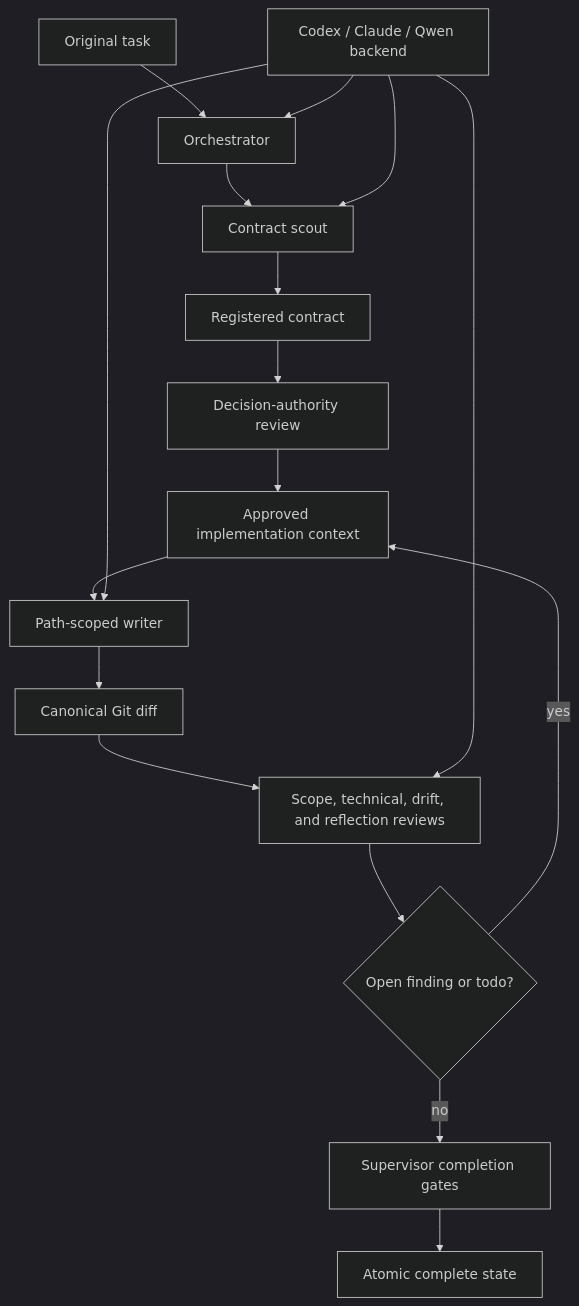
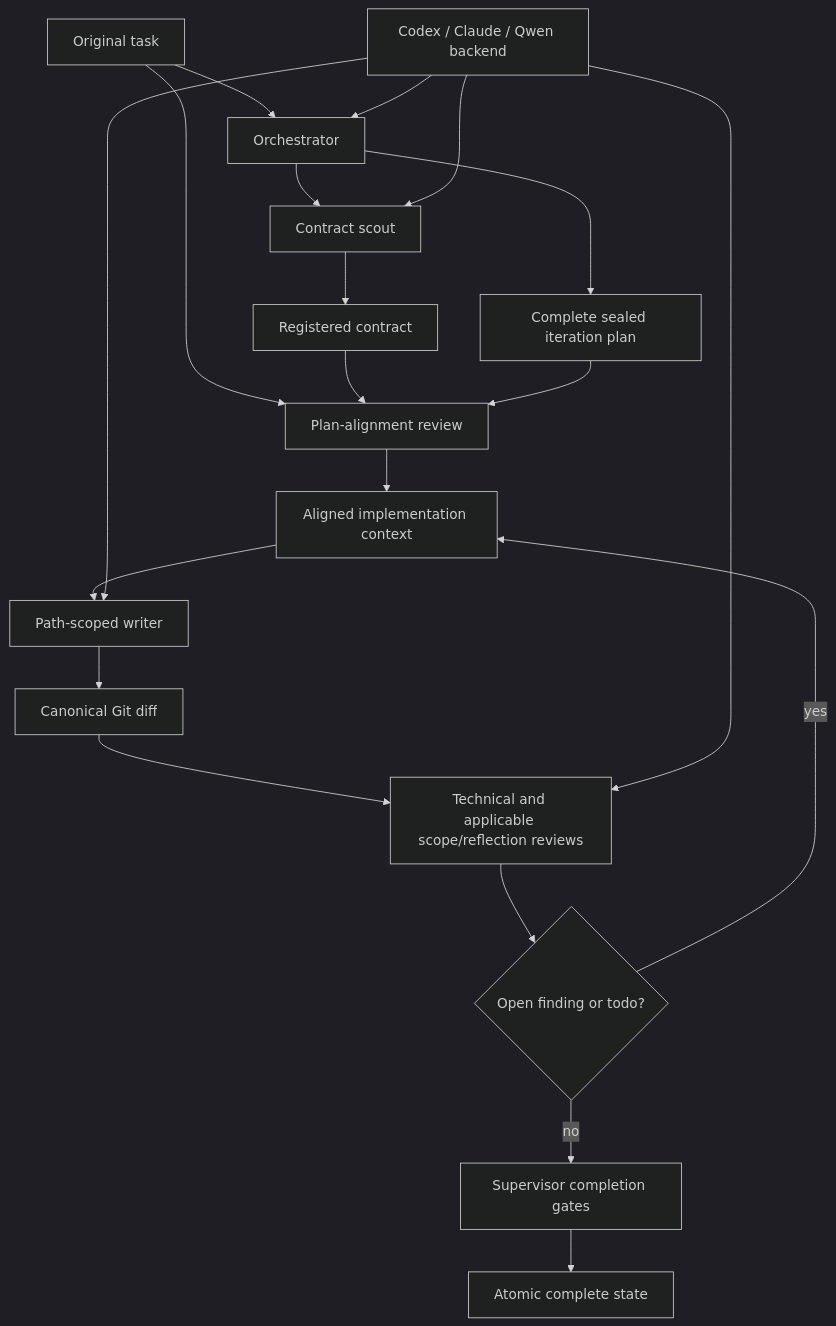
Before and after one commit to areshand/multiagent: the diagram in docs/architecture.md, drawn with Mermaid (dark theme). The commit also changed other lines of this file and 17 other files, not shown here.

Commit message:
Simplify pre-implementation plan alignment (#91)

````diff
--- a/docs/architecture.md
+++ b/docs/architecture.md
@@ -16,20 +16,23 @@
 ```mermaid
 flowchart TD
     U["Original task"] --> O["Orchestrator"]
     O --> SC["Contract scout"]
     SC --> C["Registered contract"]
-    C --> AR["Decision-authority review"]
-    AR --> P["Approved implementation context"]
+    O --> IP["Complete sealed iteration plan"]
+    U --> AR["Plan-alignment review"]
+    C --> AR
+    IP --> AR
+    AR --> P["Aligned implementation context"]
     P --> W["Path-scoped writer"]
     W --> D["Canonical Git diff"]
-    D --> R["Scope, technical, drift, and reflection reviews"]
+    D --> R["Technical and applicable scope/reflection reviews"]
     R --> F{"Open finding or todo?"}
     F -- yes --> P
     F -- no --> G["Supervisor completion gates"]
     G --> X["Atomic complete state"]
 
     B["Codex / Claude / Qwen backend"] --> W
     B --> O
     B --> SC
     B --> R
 ```
````
